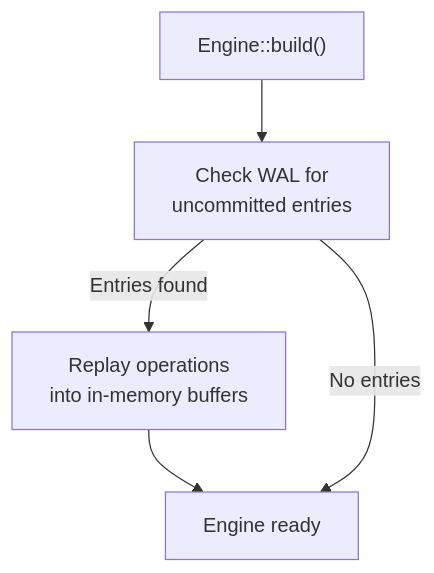
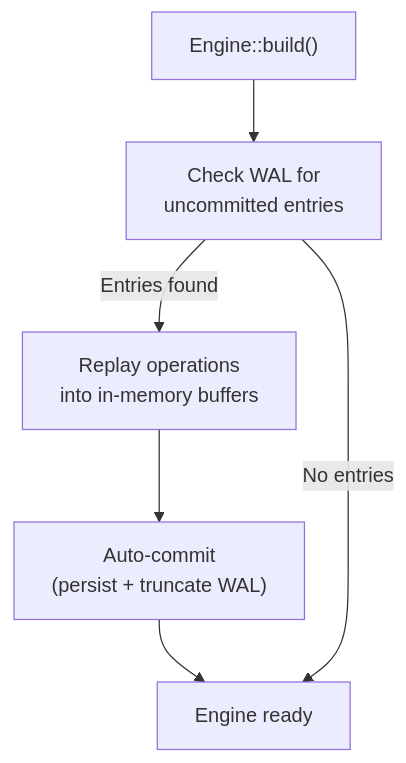
The second of 2 diagrams in docs/ja/src/laurus/persistence.md (mosuka/sarissa), drawn with Mermaid before and after one commit. The commit also changed other lines of this file and 11 other files, not shown here.

````diff
--- a/docs/ja/src/laurus/persistence.md
+++ b/docs/ja/src/laurus/persistence.md
@@ -74,7 +77,8 @@
 ```mermaid
 graph TD
     Start["Engine::build()"] --> Check["Check WAL for\nuncommitted entries"]
     Check -->|"Entries found"| Replay["Replay operations\ninto in-memory buffers"]
-    Replay --> Ready["Engine ready"]
+    Replay --> Commit["Auto-commit\n(persist + truncate WAL)"]
+    Commit --> Ready["Engine ready"]
     Check -->|"No entries"| Ready
 ```
````
